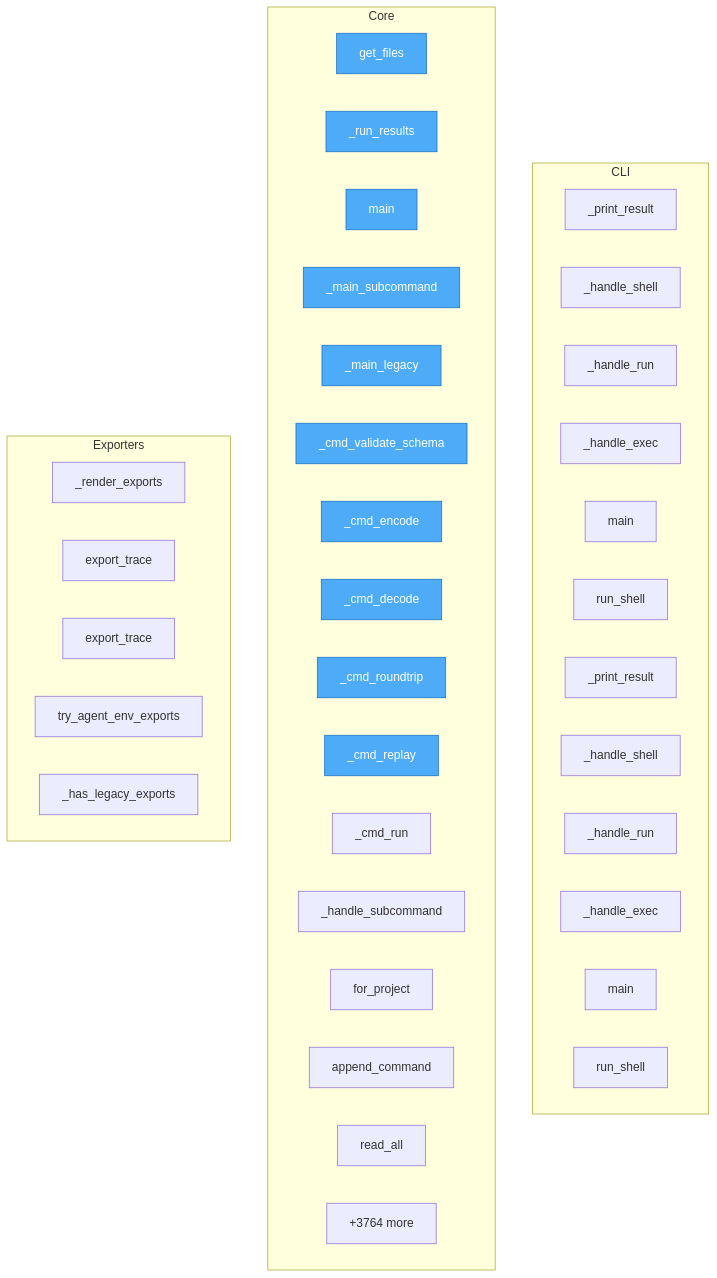
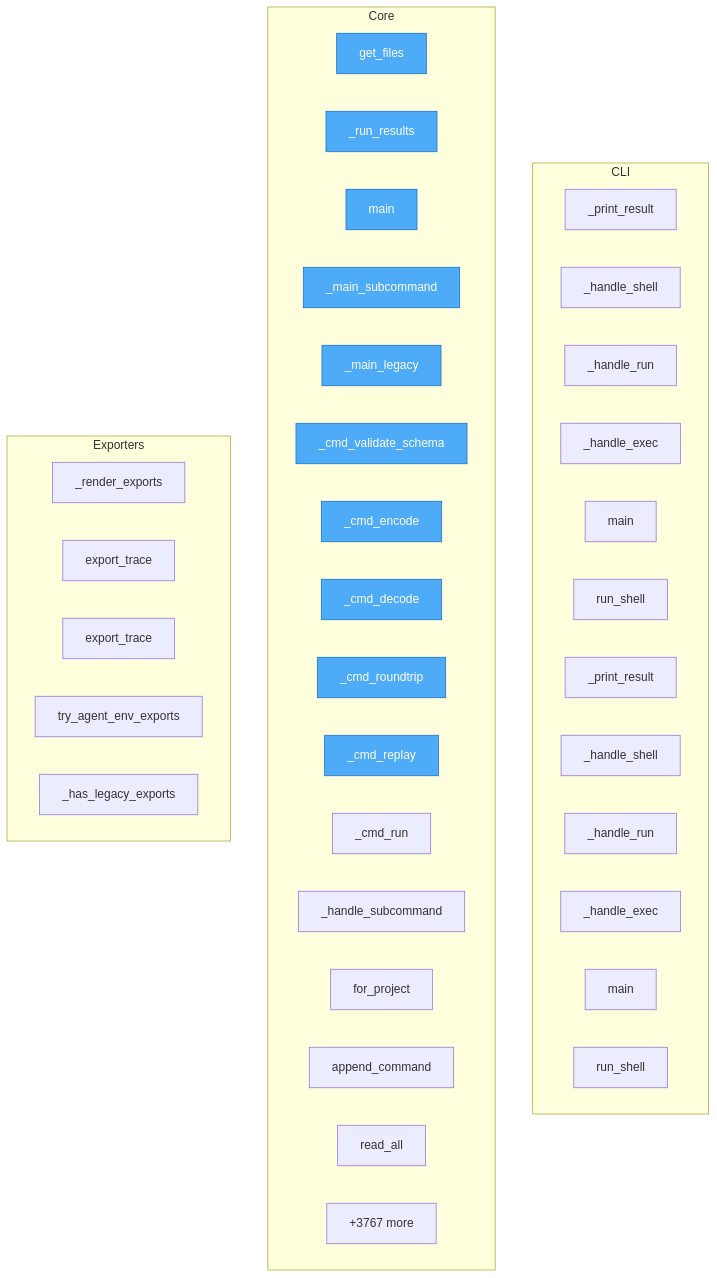
The diagram in project/flow.mmd (semcod/koru), drawn with Mermaid before and after one commit. The commit also changed 31 other files, not shown here.

```diff
--- a/project/flow.mmd
+++ b/project/flow.mmd
@@ -1,49 +1,49 @@
 flowchart TD
-%% generated in 2.26s
+%% generated in 1.10s
 
     %% Entry points (blue)
     classDef entry fill:#4dabf7,stroke:#1971c2,color:#fff
 
     subgraph CLI
         packages__cli2koru__src__cli2koru__cli___print_result["_print_result"]
         packages__cli2koru__src__cli2koru__cli___handle_shell["_handle_shell"]
         packages__cli2koru__src__cli2koru__cli___handle_run["_handle_run"]
         packages__cli2koru__src__cli2koru__cli___handle_exec["_handle_exec"]
         packages__cli2koru__src__cli2koru__cli__main["main"]
         packages__cli2koru__src__cli2koru__shell__run_shell["run_shell"]
         packages__cli2coru__src__cli2coru__cli___print_result["_print_result"]
         packages__cli2coru__src__cli2coru__cli___handle_shell["_handle_shell"]
         packages__cli2coru__src__cli2coru__cli___handle_run["_handle_run"]
         packages__cli2coru__src__cli2coru__cli___handle_exec["_handle_exec"]
         packages__cli2coru__src__cli2coru__cli__main["main"]
         packages__cli2coru__src__cli2coru__shell__run_shell["run_shell"]
     end
 
     subgraph Core
         check_dups__get_files["get_files"]
         packages__dsl2koru__src__dsl2koru__cli___run_results["_run_results"]
         packages__dsl2koru__src__dsl2koru__cli__main["main"]
         packages__dsl2koru__src__dsl2koru__cli___main_subcommand["_main_subcommand"]
         packages__dsl2koru__src__dsl2koru__cli___main_legacy["_main_legacy"]
         packages__dsl2koru__src__dsl2koru__cli___cmd_validate_schema["_cmd_validate_schema"]
         packages__dsl2koru__src__dsl2koru__cli___cmd_encode["_cmd_encode"]
         packages__dsl2koru__src__dsl2koru__cli___cmd_decode["_cmd_decode"]
         packages__dsl2koru__src__dsl2koru__cli___cmd_roundtrip["_cmd_roundtrip"]
         packages__dsl2koru__src__dsl2koru__cli___cmd_replay["_cmd_replay"]
         packages__dsl2koru__src__dsl2koru__cli___cmd_run["_cmd_run"]
         packages__dsl2koru__src__dsl2koru__cli___handle_subcommand["_handle_subcommand"]
         packages__dsl2koru__src__dsl2koru__events__EventStore__for_project["for_project"]
         packages__dsl2koru__src__dsl2koru__events__EventStore__append_command["append_command"]
         packages__dsl2koru__src__dsl2koru__events__EventStore__read_all["read_all"]
-        ...["+3764 more"]
+        ...["+3767 more"]
     end
 
     subgraph Exporters
         packages__koruenv__src__koruenv__cli___render_exports["_render_exports"]
         packages__nlpshim__src__nlpshim__conversation_client__ConversationTestClient__export_trace["export_trace"]
         packages__nlpshim__src__nlpshim__conversation_test_api__export_trace["export_trace"]
         src__koru__agent_cli_helpers__try_agent_env_exports["try_agent_env_exports"]
         src__koru__cli___has_legacy_exports["_has_legacy_exports"]
     end
 
     class check_dups__get_files,packages__dsl2koru__src__dsl2koru__cli___run_results,packages__dsl2koru__src__dsl2koru__cli__main,packages__dsl2koru__src__dsl2koru__cli___main_subcommand,packages__dsl2koru__src__dsl2koru__cli___main_legacy,packages__dsl2koru__src__dsl2koru__cli___cmd_validate_schema,packages__dsl2koru__src__dsl2koru__cli___cmd_encode,packages__dsl2koru__src__dsl2koru__cli___cmd_decode,packages__dsl2koru__src__dsl2koru__cli___cmd_roundtrip,packages__dsl2koru__src__dsl2koru__cli___cmd_replay entry
```
